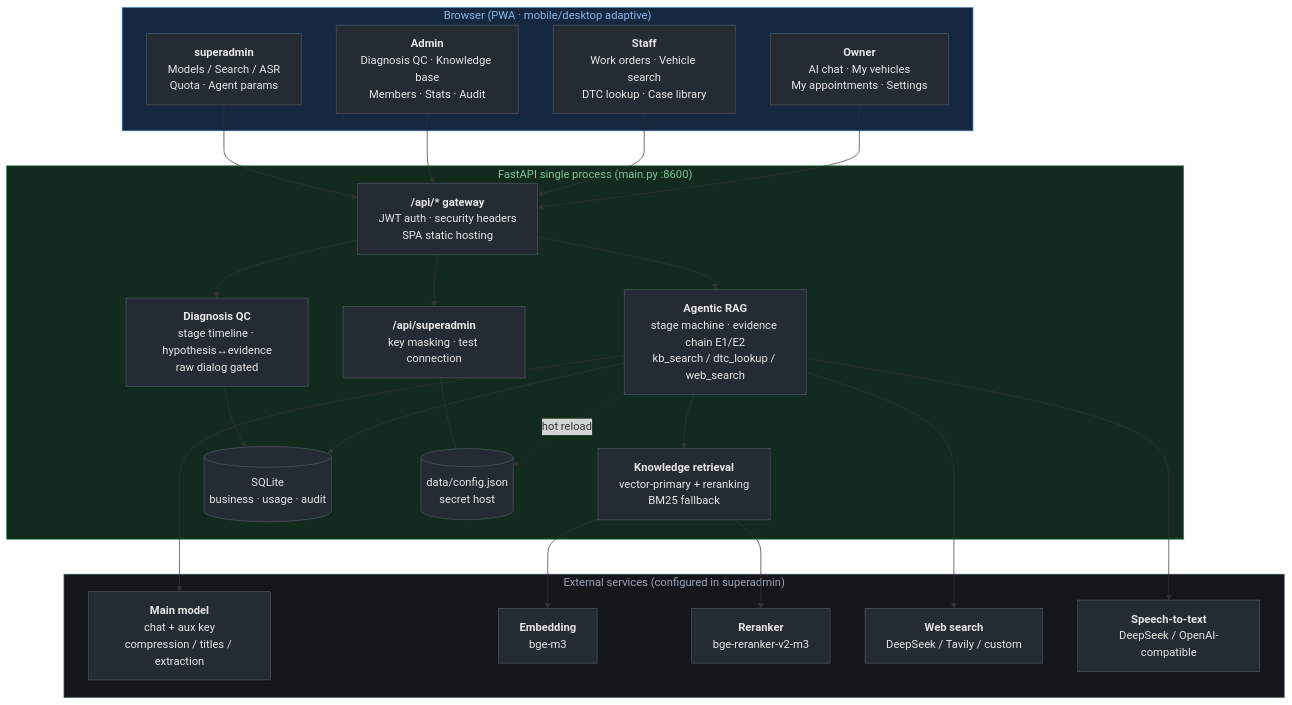
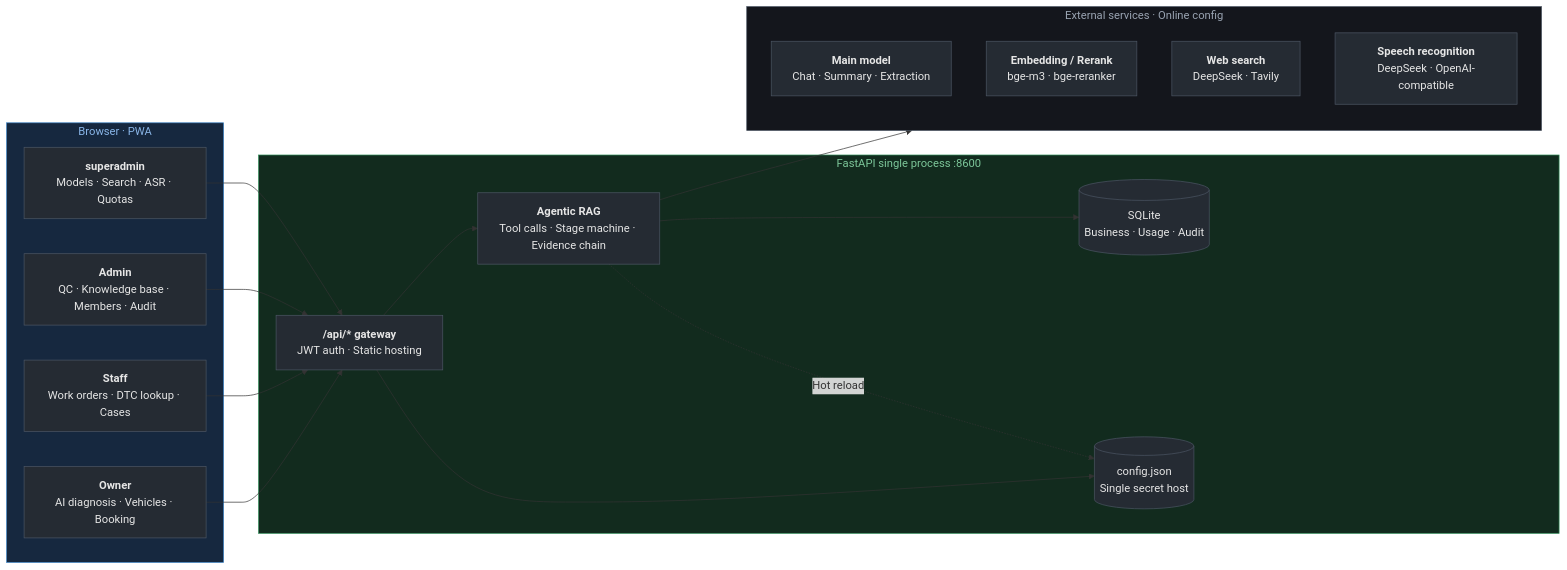
Before and after one commit to EVOL233awa/NEV-AI-Diagnostic-System: the diagram in README_EN.md, drawn with Mermaid. The commit also changed other lines of this file and 2 other files, not shown here.

````diff
--- a/README_EN.md
+++ b/README_EN.md
@@ -11,51 +51,39 @@
 ```mermaid
-flowchart TB
-    subgraph browser["Browser (PWA · mobile/desktop adaptive)"]
-        B1["<b>Owner</b><br/>AI chat · My vehicles<br/>My appointments · Settings"]
-        B2["<b>Staff</b><br/>Work orders · Vehicle search<br/>DTC lookup · Case library"]
-        B3["<b>Admin</b><br/>Diagnosis QC · Knowledge base<br/>Members · Stats · Audit"]
-        B4["<b>superadmin</b><br/>Models / Search / ASR<br/>Quota · Agent params"]
+flowchart LR
+    subgraph client["Browser · PWA"]
+        C1["<b>Owner</b><br/>AI diagnosis · Vehicles · Booking"]
+        C2["<b>Staff</b><br/>Work orders · DTC lookup · Cases"]
+        C3["<b>Admin</b><br/>QC · Knowledge base · Members · Audit"]
+        C4["<b>superadmin</b><br/>Models · Search · ASR · Quotas"]
     end
 
-    subgraph backend["FastAPI single process (main.py :8600)"]
-        GW["<b>/api/* gateway</b><br/>JWT auth · security headers<br/>SPA static hosting"]
-        AG["<b>Agentic RAG</b><br/>stage machine · evidence chain E1/E2<br/>kb_search / dtc_lookup / web_search"]
-        QC["<b>Diagnosis QC</b><br/>stage timeline · hypothesis↔evidence<br/>raw dialog gated"]
-        RAG["<b>Knowledge retrieval</b><br/>vector-primary + reranking<br/>BM25 fallback"]
-        DB[("SQLite<br/>business · usage · audit")]
-        SA["<b>/api/superadmin</b><br/>key masking · test connection"]
-        CFG[("data/config.json<br/>secret host")]
+    subgraph server["FastAPI single process :8600"]
+        GW["<b>/api/* gateway</b><br/>JWT auth · Static hosting"]
+        AG["<b>Agentic RAG</b><br/>Tool calls · Stage machine · Evidence chain"]
+        DB[("SQLite<br/>Business · Usage · Audit")]
+        CFG[("config.json<br/>Single secret host")]
+        GW --> AG
+        AG --> DB
+        GW --> CFG
+        AG -. "Hot reload" .-> CFG
     end
 
-    subgraph cloud["External services (configured in superadmin)"]
-        M1["<b>Main model</b><br/>chat + aux key<br/>compression / titles / extraction"]
-        M2["<b>Embedding</b><br/>bge-m3"]
-        M3["<b>Reranker</b><br/>bge-reranker-v2-m3"]
-        S1["<b>Web search</b><br/>DeepSeek / Tavily / custom"]
-        A1["<b>Speech-to-text</b><br/>DeepSeek / OpenAI-compatible"]
+    subgraph ext["External services · Online config"]
+        LLM["<b>Main model</b><br/>Chat · Summary · Extraction"]
+        EMB["<b>Embedding / Rerank</b><br/>bge-m3 · bge-reranker"]
+        SEA["<b>Web search</b><br/>DeepSeek · Tavily"]
+        ASR["<b>Speech recognition</b><br/>DeepSeek · OpenAI-compatible"]
     end
 
-    B1 --> GW
-    B2 --> GW
-    B3 --> GW
-    B4 --> GW
-    GW --> AG
-    GW --> QC
-    GW --> SA
-    AG --> RAG
-    AG --> DB
-    QC --> DB
-    AG -. "hot reload" .-> CFG
-    SA --- CFG
-    AG --> M1
-    AG --> S1
-    AG --> A1
-    RAG --> M2
-    RAG --> M3
+    C1 --> GW
+    C2 --> GW
+    C3 --> GW
+    C4 --> GW
+    AG --> ext
 
     classDef node fill:#252b33,stroke:#4b5563,color:#e6e6e6
-    class B1,B2,B3,B4,GW,AG,QC,RAG,DB,SA,CFG,M1,M2,M3,S1,A1 node
-    style browser fill:#16283f,stroke:#3b82c4,color:#8ab6e8
-    style backend fill:#122b1e,stroke:#2e8b57,color:#7dc79a
-    style cloud fill:#14161c,stroke:#4b5563,color:#9aa4b2
+    class C1,C2,C3,C4,GW,AG,DB,CFG,LLM,EMB,SEA,ASR node
+    style client fill:#16283f,stroke:#3b82c4,color:#8ab6e8
+    style server fill:#122b1e,stroke:#2e8b57,color:#7dc79a
+    style ext fill:#14161c,stroke:#4b5563,color:#9aa4b2
 ```
````
